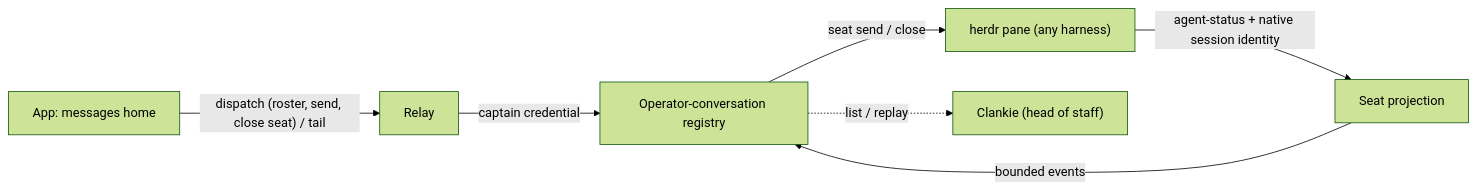
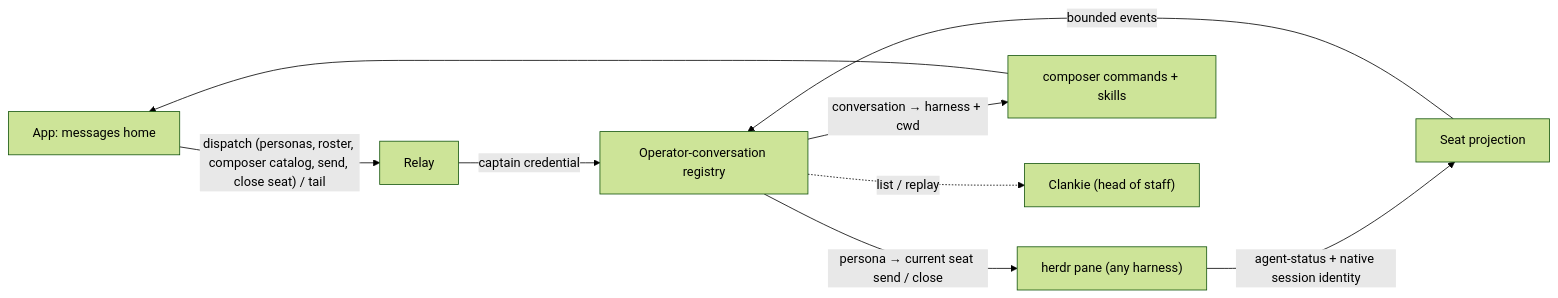
The diagram in docs/adr/0135-a-herdr-seat-is-a-conversation.md (Volpestyle/clankie), drawn with Mermaid (forest theme) before and after one commit. The commit also changed other lines of this file and 71 other files, not shown here.

````diff
--- a/docs/adr/0135-a-herdr-seat-is-a-conversation.md
+++ b/docs/adr/0135-a-herdr-seat-is-a-conversation.md
@@ -146,9 +173,11 @@
 ```mermaid
 flowchart LR
-  App["App: messages home"] -->|"dispatch (roster, send, close seat) / tail"| Relay
+  App["App: messages home"] -->|"dispatch (personas, roster, composer catalog, send, close seat) / tail"| Relay
   Relay -->|captain credential| Registry["Operator-conversation registry"]
-  Registry -->|"seat send / close"| Pane["herdr pane (any harness)"]
+  Registry -->|"persona → current seat send / close"| Pane["herdr pane (any harness)"]
+  Registry -->|"conversation → harness + cwd"| Catalog["composer commands + skills"]
+  Catalog --> App
   Pane -->|"agent-status + native session identity"| Proj["Seat projection"]
   Proj -->|"bounded events"| Registry
   Registry -.->|"list / replay"| Captain["Clankie (head of staff)"]
 ```
````
